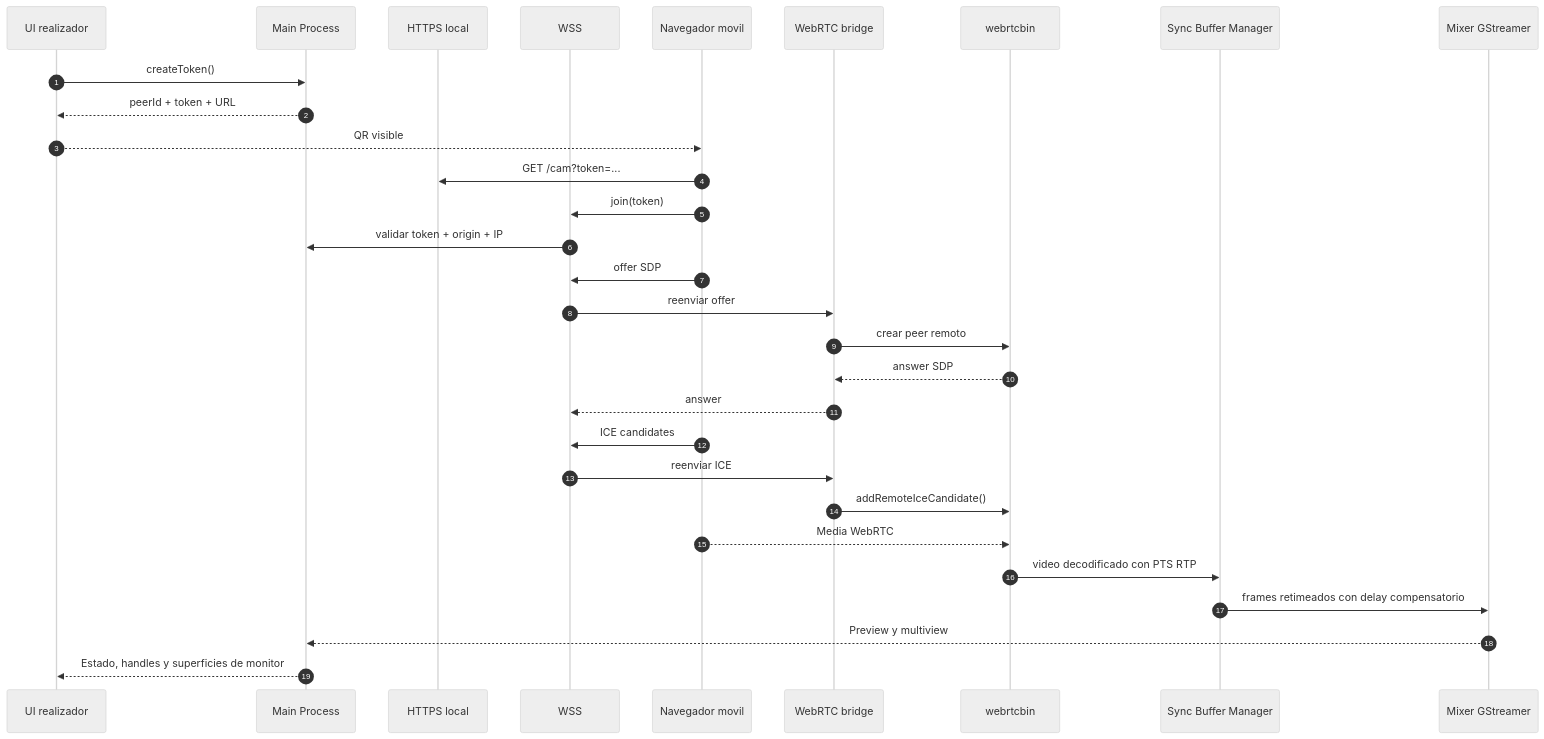
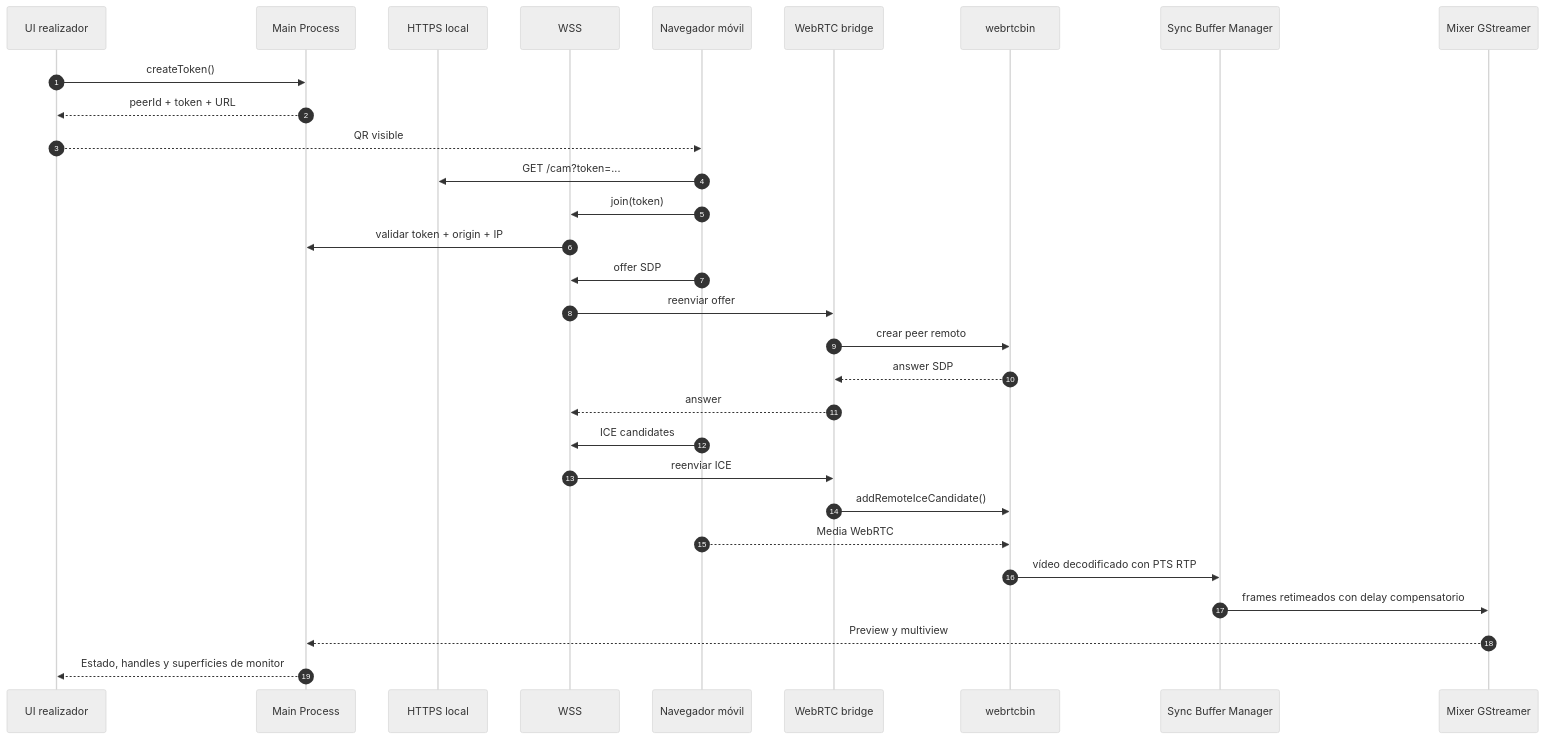
Before and after one commit to davidcolas30/OpenMix-CG: the diagram in Documentacion/Arquitectura/03-webrtc-y-senalizacion-local.md, drawn with Mermaid (neutral theme). The commit also changed other lines of this file and 17 other files, not shown here.

````diff
--- a/Documentacion/Arquitectura/03-webrtc-y-senalizacion-local.md
+++ b/Documentacion/Arquitectura/03-webrtc-y-senalizacion-local.md
@@ -22,33 +22,33 @@
 ```mermaid
 sequenceDiagram
     autonumber
     participant UI as UI realizador
     participant Main as Main Process
     participant HTTP as HTTPS local
     participant WS as WSS
-    participant Mobile as Navegador movil
+    participant Mobile as Navegador móvil
     participant Bridge as WebRTC bridge
     participant Peer as webrtcbin
     participant Sync as Sync Buffer Manager
     participant Mixer as Mixer GStreamer
 
     UI->>Main: createToken()
     Main-->>UI: peerId + token + URL
     UI-->>Mobile: QR visible
     Mobile->>HTTP: GET /cam?token=...
     Mobile->>WS: join(token)
     WS->>Main: validar token + origin + IP
     Mobile->>WS: offer SDP
     WS->>Bridge: reenviar offer
     Bridge->>Peer: crear peer remoto
     Peer-->>Bridge: answer SDP
     Bridge-->>WS: answer
     Mobile->>WS: ICE candidates
     WS->>Bridge: reenviar ICE
     Bridge->>Peer: addRemoteIceCandidate()
     Mobile-->>Peer: Media WebRTC
-    Peer->>Sync: video decodificado con PTS RTP
+    Peer->>Sync: vídeo decodificado con PTS RTP
     Sync->>Mixer: frames retimeados con delay compensatorio
     Mixer-->>Main: Preview y multiview
     Main-->>UI: Estado, handles y superficies de monitor
 ```
````
